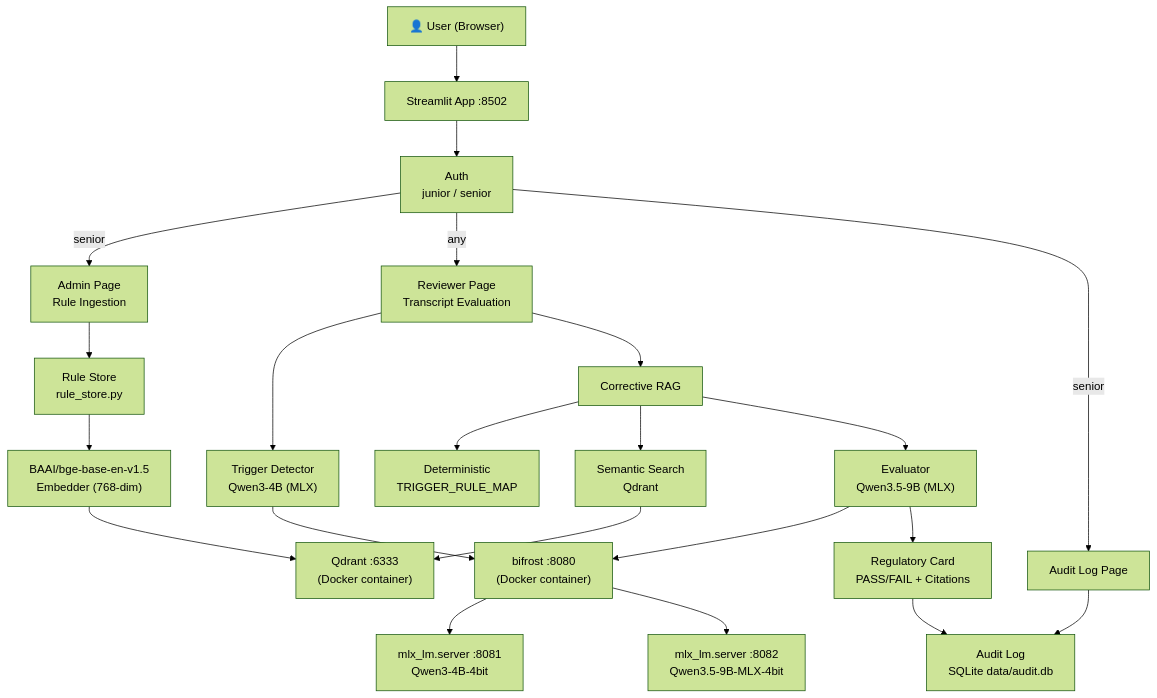
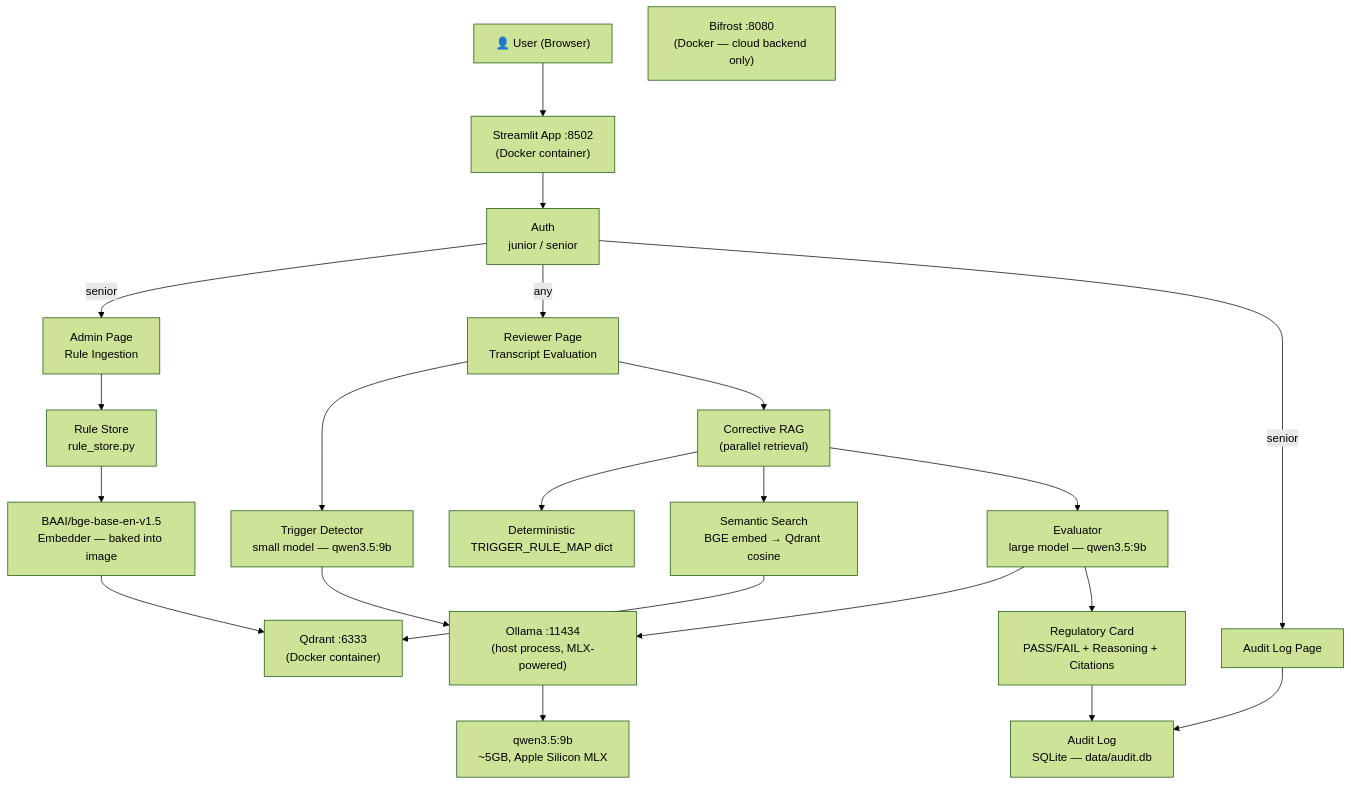
One commit to KTS-o7/Compliance-agent changed the first of 4 diagrams in README.md. Above: the diagram before and after it, drawn with Mermaid (forest theme). The commit also changed other lines of this file, not shown here.

First line of the commit message:
docs: update architecture diagrams and models section to reflect Ollama Phase 3

````diff
--- a/README.md
+++ b/README.md
@@ -45,30 +45,31 @@
 ```mermaid
 graph TD
-    User["👤 User (Browser)"] --> Streamlit["Streamlit App :8502"]
+    User["👤 User (Browser)"] --> Streamlit["Streamlit App :8502\n(Docker container)"]
 
     Streamlit --> Login["Auth\njunior / senior"]
     Login -->|senior| AdminPage["Admin Page\nRule Ingestion"]
     Login -->|any| ReviewerPage["Reviewer Page\nTranscript Evaluation"]
     Login -->|senior| AuditPage["Audit Log Page"]
 
     AdminPage --> RuleStore["Rule Store\nrule_store.py"]
-    RuleStore --> BGE["BAAI/bge-base-en-v1.5\nEmbedder (768-dim)"]
+    RuleStore --> BGE["BAAI/bge-base-en-v1.5\nEmbedder — baked into image"]
     BGE --> Qdrant["Qdrant :6333\n(Docker container)"]
 
-    ReviewerPage --> TriggerDetector["Trigger Detector\nQwen3-4B (MLX)"]
-    TriggerDetector --> Bifrost["bifrost :8080\n(Docker container)"]
-    Bifrost --> MLXTrigger["mlx_lm.server :8081\nQwen3-4B-4bit"]
+    ReviewerPage --> TriggerDetector["Trigger Detector\nsmall model — qwen3.5:9b"]
+    TriggerDetector --> Ollama["Ollama :11434\n(host process, MLX-powered)"]
+    Ollama --> Model["qwen3.5:9b\n~5GB, Apple Silicon MLX"]
 
-    ReviewerPage --> CorrectiveRAG["Corrective RAG"]
-    CorrectiveRAG --> DeterministicRetriever["Deterministic\nTRIGGER_RULE_MAP"]
-    CorrectiveRAG --> SemanticRetriever["Semantic Search\nQdrant"]
+    ReviewerPage --> CorrectiveRAG["Corrective RAG\n(parallel retrieval)"]
+    CorrectiveRAG --> DeterministicRetriever["Deterministic\nTRIGGER_RULE_MAP dict"]
+    CorrectiveRAG --> SemanticRetriever["Semantic Search\nBGE embed → Qdrant cosine"]
     SemanticRetriever --> Qdrant
 
-    CorrectiveRAG --> Evaluator["Evaluator\nQwen3.5-9B (MLX)"]
-    Evaluator --> Bifrost
-    Bifrost --> MLXEvaluator["mlx_lm.server :8082\nQwen3.5-9B-MLX-4bit"]
+    CorrectiveRAG --> Evaluator["Evaluator\nlarge model — qwen3.5:9b"]
+    Evaluator --> Ollama
 
-    Evaluator --> RegulatoryCard["Regulatory Card\nPASS/FAIL + Citations"]
-    RegulatoryCard --> AuditLog["Audit Log\nSQLite data/audit.db"]
+    Evaluator --> RegulatoryCard["Regulatory Card\nPASS/FAIL + Reasoning + Citations"]
+    RegulatoryCard --> AuditLog["Audit Log\nSQLite — data/audit.db"]
     AuditPage --> AuditLog
+
+    Bifrost["Bifrost :8080\n(Docker — cloud backend only)"]
 ```
````
